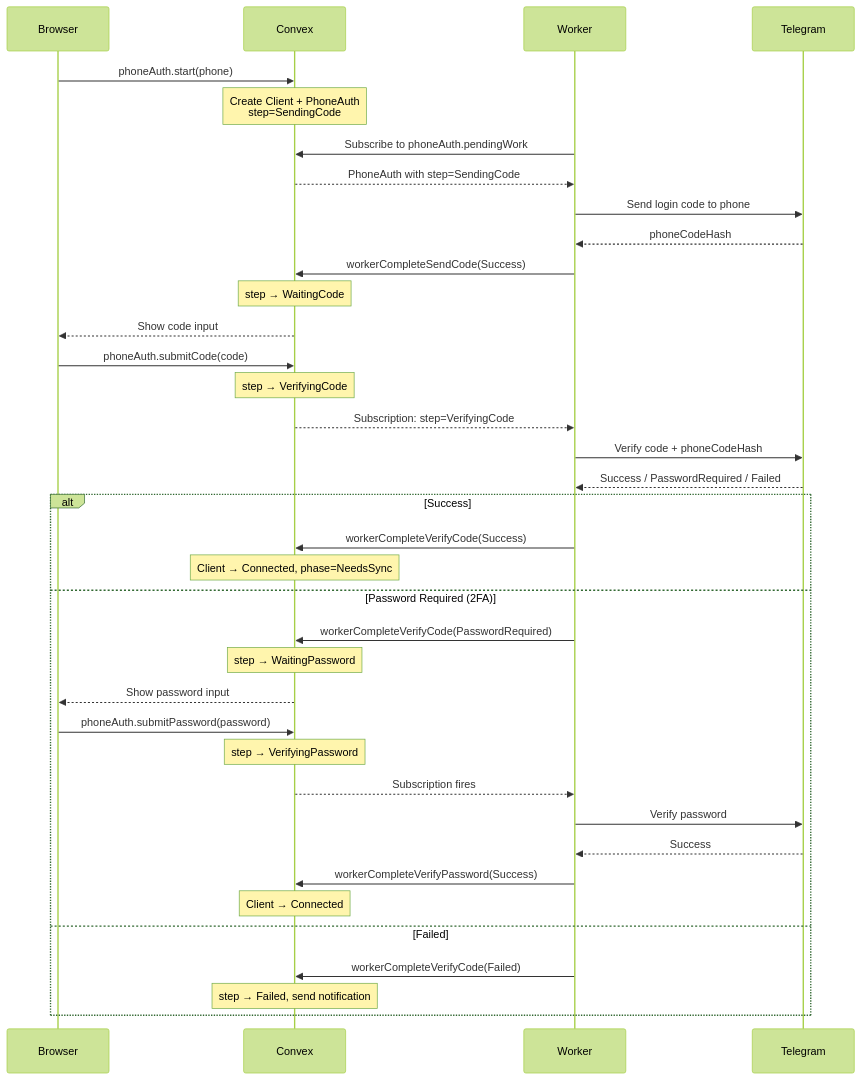
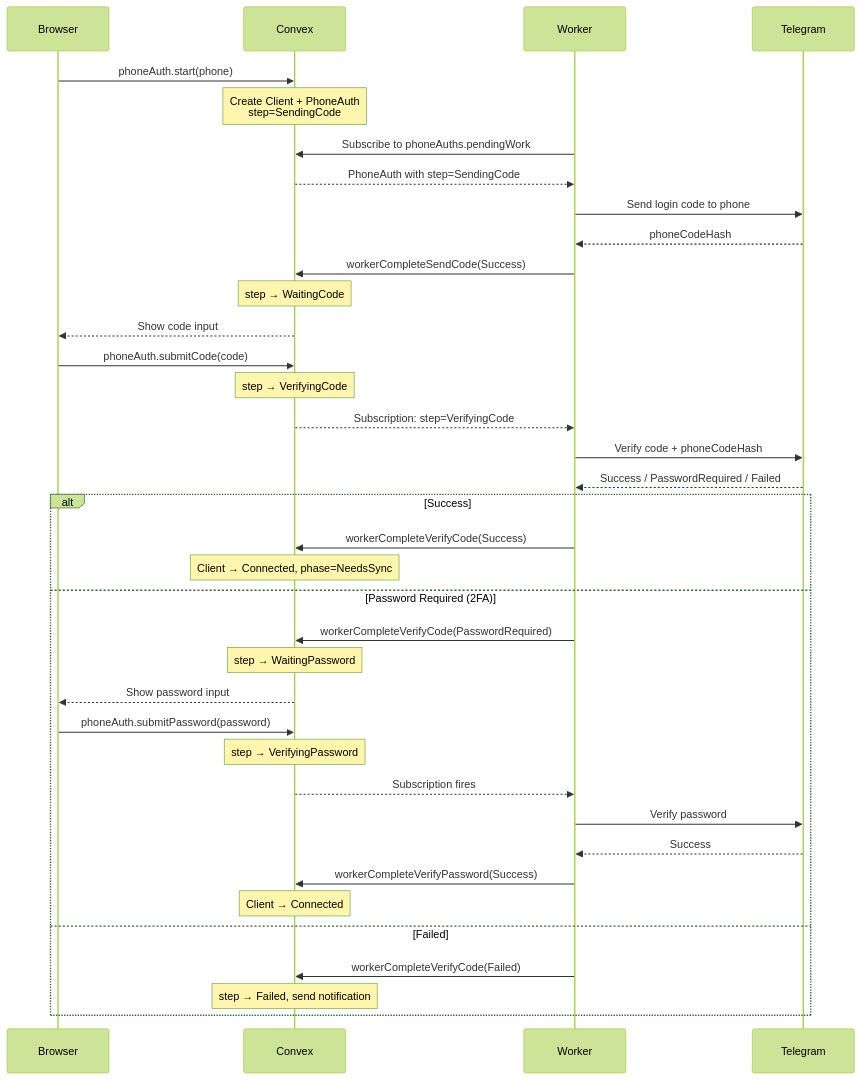
Before and after one commit to nickcomua/crm-chat: the fourth of 8 diagrams in docs/ARCHITECTURE.md, drawn with Mermaid (forest theme). The commit also changed other lines of this file and 5 other files, not shown here.

````diff
--- a/docs/ARCHITECTURE.md
+++ b/docs/ARCHITECTURE.md
@@ -178,49 +178,49 @@
 ```mermaid
 sequenceDiagram
     participant UI as Browser
     participant C as Convex
     participant W as Worker
     participant TG as Telegram
 
     UI->>C: phoneAuth.start(phone)
     Note over C: Create Client + PhoneAuth<br/>step=SendingCode
 
-    W->>C: Subscribe to phoneAuth.pendingWork
+    W->>C: Subscribe to phoneAuths.pendingWork
     C-->>W: PhoneAuth with step=SendingCode
 
     W->>TG: Send login code to phone
     TG-->>W: phoneCodeHash
 
     W->>C: workerCompleteSendCode(Success)
     Note over C: step → WaitingCode
     C-->>UI: Show code input
 
     UI->>C: phoneAuth.submitCode(code)
     Note over C: step → VerifyingCode
 
     C-->>W: Subscription: step=VerifyingCode
     W->>TG: Verify code + phoneCodeHash
     TG-->>W: Success / PasswordRequired / Failed
 
     alt Success
         W->>C: workerCompleteVerifyCode(Success)
         Note over C: Client → Connected, phase=NeedsSync
     else Password Required (2FA)
         W->>C: workerCompleteVerifyCode(PasswordRequired)
         Note over C: step → WaitingPassword
         C-->>UI: Show password input
 
         UI->>C: phoneAuth.submitPassword(password)
         Note over C: step → VerifyingPassword
         C-->>W: Subscription fires
 
         W->>TG: Verify password
         TG-->>W: Success
 
         W->>C: workerCompleteVerifyPassword(Success)
         Note over C: Client → Connected
     else Failed
         W->>C: workerCompleteVerifyCode(Failed)
         Note over C: step → Failed, send notification
     end
 ```
````
